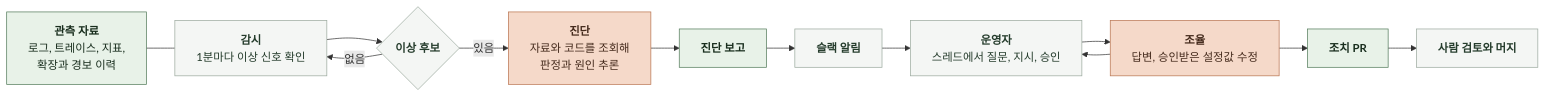
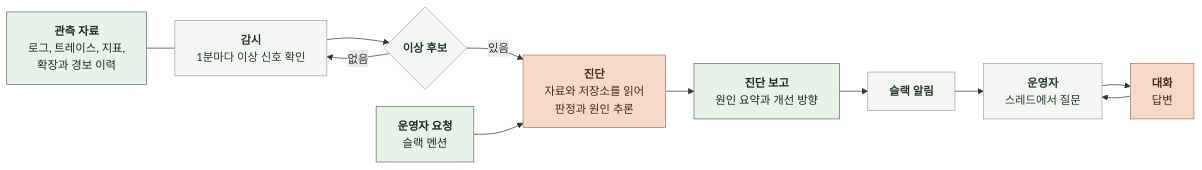
One commit to KIM-N-KANG/knk-harness changed the diagram in docs/domain/OBSERVABILITY/AI/1-BACKGROUND.md. Above: the diagram before and after it, drawn with Mermaid. The commit also changed other lines of this file and 18 other files, not shown here.

````diff
--- a/docs/domain/OBSERVABILITY/AI/1-BACKGROUND.md
+++ b/docs/domain/OBSERVABILITY/AI/1-BACKGROUND.md
@@ -57,28 +57,29 @@
 ```mermaid
 %%{init: {"flowchart": {"curve": "basis", "nodeSpacing": 24, "rankSpacing": 40}}}%%
 flowchart LR
     D["`**관측 자료**
 로그, 트레이스, 지표,
 확장과 경보 이력`"] --- W["`**감시**
 1분마다 이상 신호 확인`"]
     W --> C{"`**이상 후보**`"}
     C -->|없음| W
     C -->|있음| A["`**진단**
-자료와 코드를 조회해
+자료와 저장소를 읽어
 판정과 원인 추론`"]
-    A --> R["`**진단 보고**`"]
+    Q["`**운영자 요청**
+슬랙 멘션`"] --> A
+    A --> R["`**진단 보고**
+원인 요약과 개선 방향`"]
     R --> N["`**슬랙 알림**`"]
     N --> O["`**운영자**
-스레드에서 질문, 지시, 승인`"]
-    O --> T["`**조율**
-답변, 승인받은 설정값 수정`"]
+스레드에서 질문`"]
+    O --> T["`**대화**
+답변`"]
     T --> O
-    T --> P["`**조치 PR**`"]
-    P --> M["`**사람 검토와 머지**`"]
     classDef data fill:#E8F2E8,stroke:#527A59,color:#182D1D
     classDef model fill:#F5D9C9,stroke:#B97450,color:#452B1D
     classDef code fill:#F4F6F4,stroke:#9BA99E,color:#253C2C
-    class D,R,P data
+    class D,R,Q data
     class A,T model
-    class W,C,N,O,M code
+    class W,C,N,O code
 ```
````
